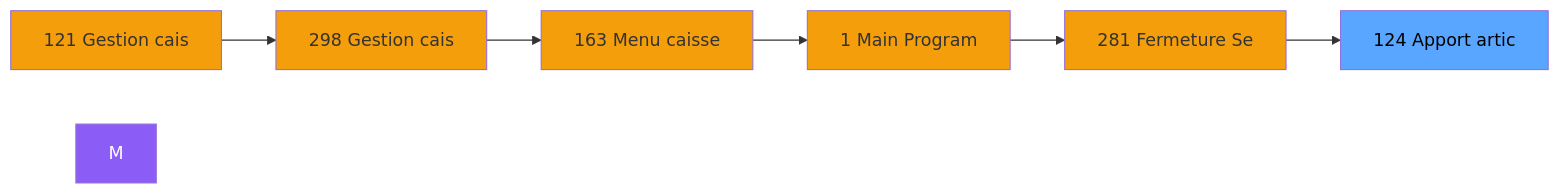
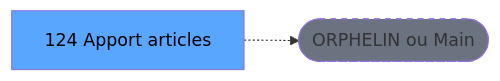
The second of 3 diagrams in .openspec/specs/ADH-IDE-124.md (thonyAGP/lecteur-magic), drawn with Mermaid before and after one commit. The commit also changed other lines of this file and 701 other files, not shown here.

````diff
--- a/.openspec/specs/ADH-IDE-124.md
+++ b/.openspec/specs/ADH-IDE-124.md
@@ -112,21 +121,8 @@
 ```mermaid
 graph LR
-    N121[121 Gestion cais]
-    N298[298 Gestion cais]
-    N163[163 Menu caisse ]
-    N1[1 Main Program]
-    N281[281 Fermeture Se]
-    T[124 Apport artic]
-    N121 --> N298
-    N298 --> N163
-    N163 --> N1
-    N1 --> N281
-    N281 --> T
-    style M fill:#8b5cf6,color:#fff
-    style N121 fill:#f59e0b
-    style N298 fill:#f59e0b
-    style N163 fill:#f59e0b
-    style N1 fill:#f59e0b
-    style N281 fill:#f59e0b
+    T[124 Apport articles]
+    ORPHAN([ORPHELIN ou Main])
+    T -.-> ORPHAN
     style T fill:#58a6ff,color:#000
+    style ORPHAN fill:#6b7280,stroke-dasharray: 5 5
 ```
````
